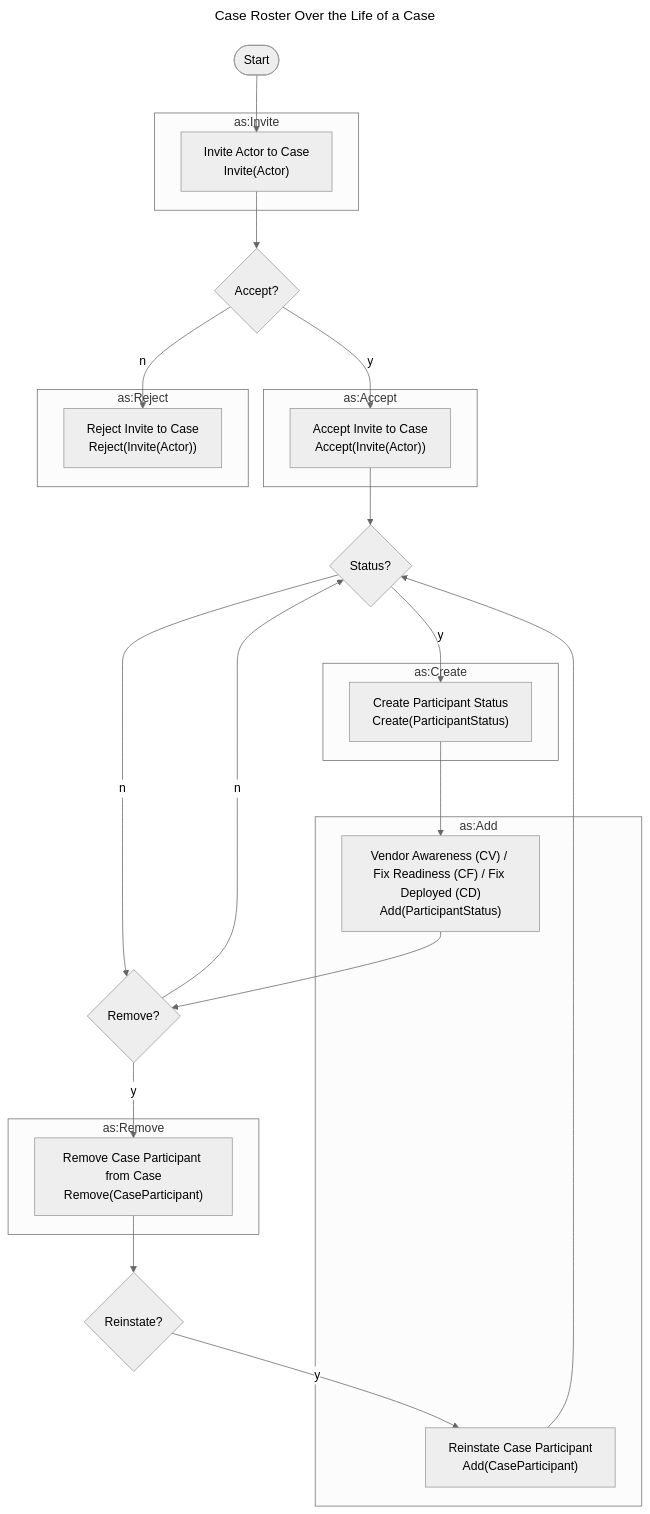
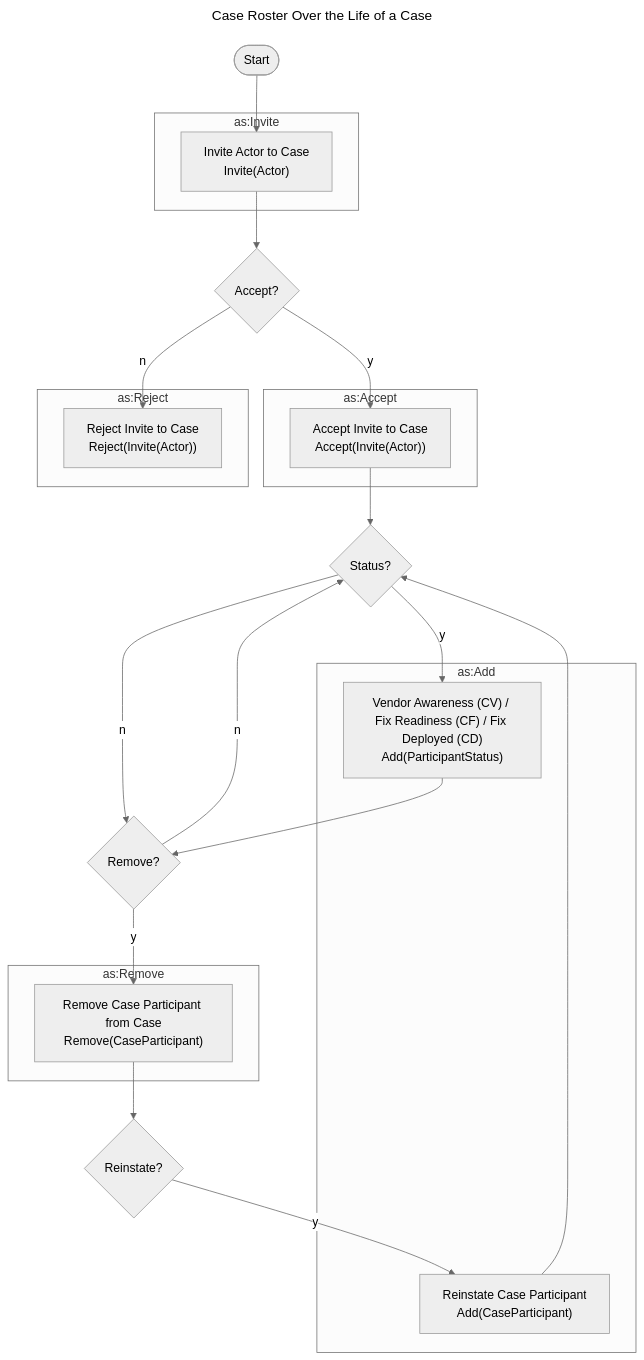
The diagram in docs/howto/activitypub/activities/manage_participants.md (CERTCC/Vultron), drawn with Mermaid (neutral theme) before and after one commit. The commit also changed other lines of this file and 89 other files, not shown here.

````diff
--- a/docs/howto/activitypub/activities/manage_participants.md
+++ b/docs/howto/activitypub/activities/manage_participants.md
@@ -30,41 +30,37 @@
 ```mermaid
 ---
 title: Case Roster Over the Life of a Case
 ---
 flowchart TB
     subgraph as:Invite
         RmInviteToCase["Invite Actor to Case<br/>Invite(Actor)"]
     end
     subgraph as:Accept
         RmAcceptInviteToCase["Accept Invite to Case<br/>Accept(Invite(Actor))"]
     end
     subgraph as:Reject
         RmRejectInviteToCase["Reject Invite to Case<br/>Reject(Invite(Actor))"]
-    end
-    subgraph as:Create
-        CreateParticipantStatus["Create Participant Status<br/>Create(ParticipantStatus)"]
     end
     subgraph as:Add
         AddStatusToParticipant["Vendor Awareness (CV) / Fix Readiness (CF) / Fix Deployed (CD)<br/>Add(ParticipantStatus)"]
         AddParticipantToCase["Reinstate Case Participant<br/>Add(CaseParticipant)"]
     end
     subgraph as:Remove
         RemoveParticipantFromCase["Remove Case Participant from Case<br/>Remove(CaseParticipant)"]
     end
     start([Start])
     start --> RmInviteToCase
     RmInviteToCase --> a{Accept?}
     a -->|y| RmAcceptInviteToCase
     a -->|n| RmRejectInviteToCase
     RmAcceptInviteToCase --> s{Status?}
 
-    CreateParticipantStatus --> AddStatusToParticipant
-    s -->|y| CreateParticipantStatus
+    s -->|y| AddStatusToParticipant
     s -->|n| r{Remove?}
     AddStatusToParticipant --> r
     r -->|y| RemoveParticipantFromCase
     r -->|n| s
     RemoveParticipantFromCase --> b{Reinstate?}
     b -->|y| AddParticipantToCase
     AddParticipantToCase --> s
 ```
````
